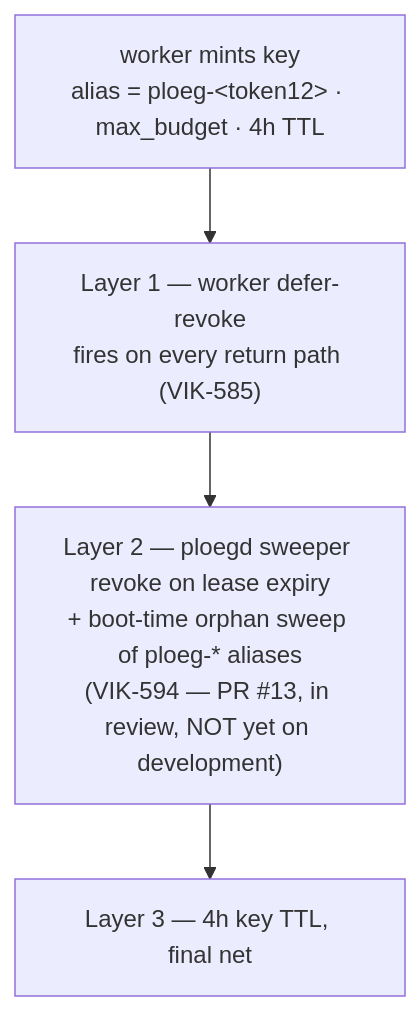
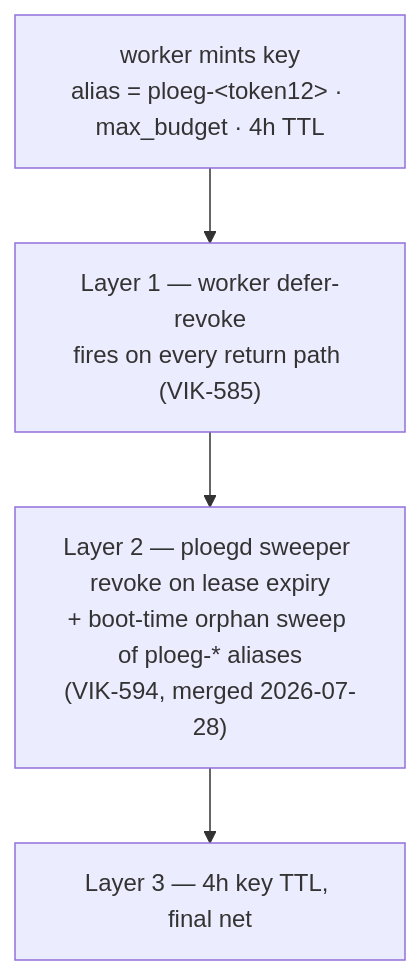
Before and after one commit to webgrip/ploeg: the fourth of 4 diagrams in docs/architecture.md, drawn with Mermaid. The commit also changed other lines of this file and 8 other files, not shown here.

````diff
--- a/docs/architecture.md
+++ b/docs/architecture.md
@@ -178,7 +178,7 @@
 ```mermaid
 flowchart TD
     M["worker mints key<br/>alias = ploeg-&lt;token12&gt; · max_budget · 4h TTL"] --> R1
     R1["Layer 1 — worker defer-revoke<br/>fires on every return path (VIK-585)"] --> R2
-    R2["Layer 2 — ploegd sweeper revoke on lease expiry<br/>+ boot-time orphan sweep of ploeg-* aliases<br/>(VIK-594 — PR #13, in review, NOT yet on development)"] --> R3
+    R2["Layer 2 — ploegd sweeper revoke on lease expiry<br/>+ boot-time orphan sweep of ploeg-* aliases<br/>(VIK-594, merged 2026-07-28)"] --> R3
     R3["Layer 3 — 4h key TTL, final net"]
 ```
````
